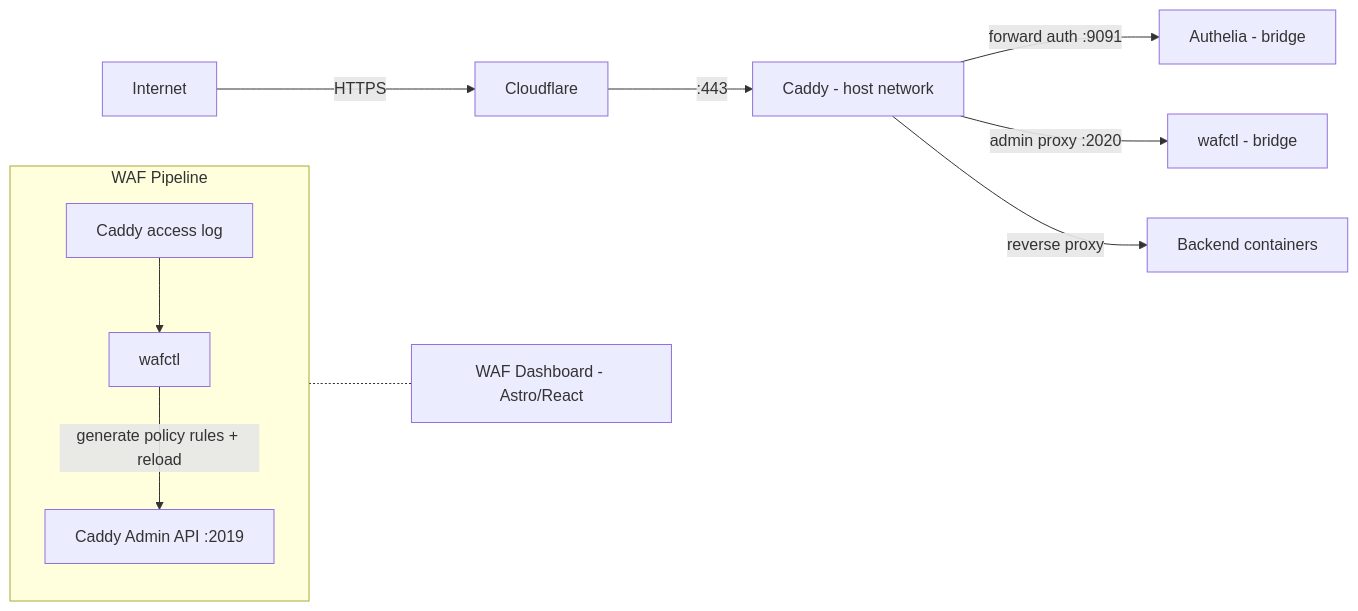
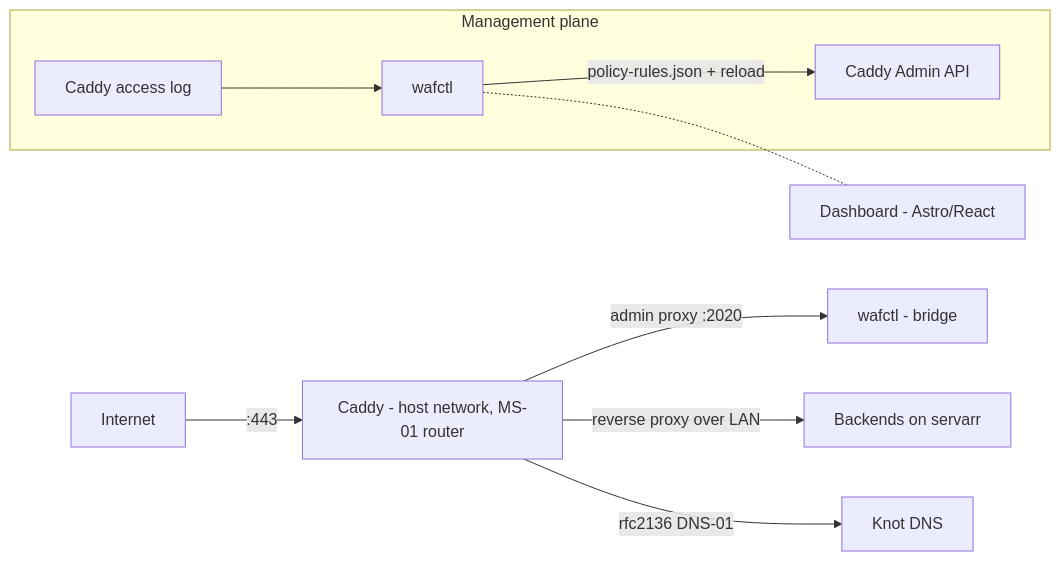
One commit to erfianugrah/caddy-compose changed the diagram in README.md. Above: the diagram before and after it, drawn with Mermaid. The commit also changed other lines of this file and 3 other files, not shown here.

````diff
--- a/README.md
+++ b/README.md
@@ -7,16 +9,14 @@
 ```mermaid
 graph LR
-    Internet -->|HTTPS| CF[Cloudflare]
-    CF -->|:443| Caddy[Caddy - host network]
-    Caddy -->|forward auth :9091| Authelia[Authelia - bridge]
+    Internet -->|:443| Caddy[Caddy - host network, MS-01 router]
     Caddy -->|admin proxy :2020| wafctl[wafctl - bridge]
-    Caddy -->|reverse proxy| Backends[Backend containers]
+    Caddy -->|reverse proxy over LAN| Backends[Backends on servarr]
+    Caddy -->|rfc2136 DNS-01| Knot[Knot DNS]
 
-    subgraph WAF Pipeline
-        direction TB
+    subgraph Management plane
         AccessLog[Caddy access log] --> wafctl2[wafctl]
-        wafctl2 -->|generate policy rules + reload| CaddyAdmin[Caddy Admin API :2019]
+        wafctl2 -->|policy-rules.json + reload| CaddyAdmin[Caddy Admin API]
     end
 
-    wafctl2 -.- Dashboard[WAF Dashboard - Astro/React]
+    wafctl2 -.- Dashboard[Dashboard - Astro/React]
 ```
````
